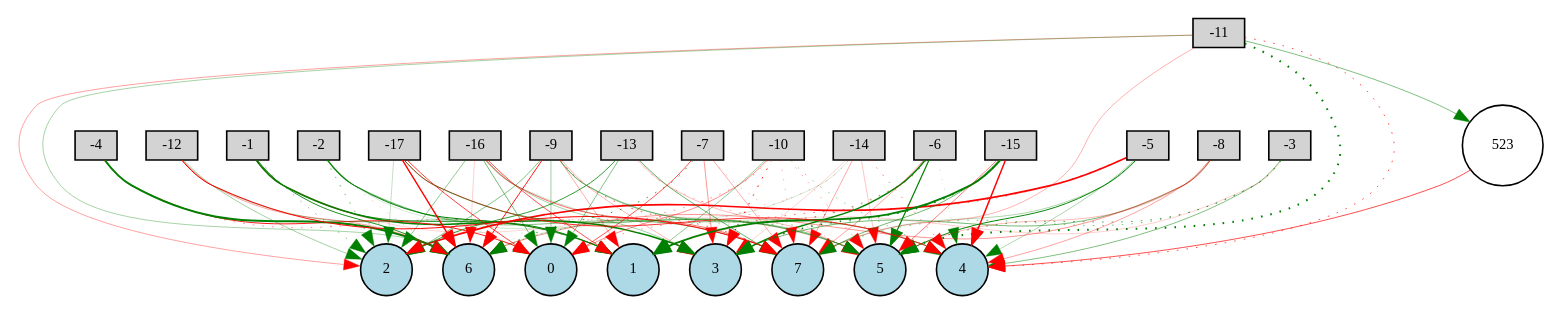
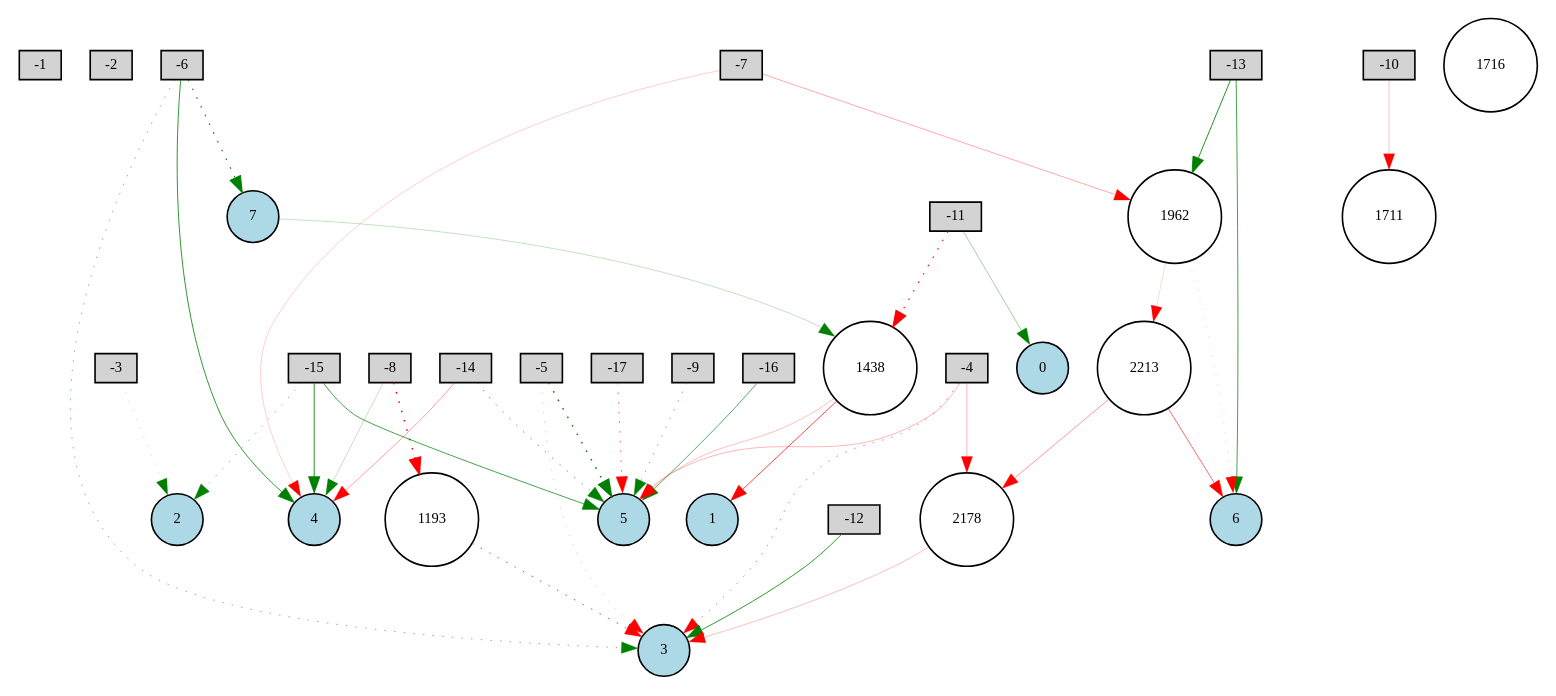
Before and after one commit to joeyshi12/Blocky: the diagram in neat/Digraph.gv, drawn with Graphviz. The commit also changed 23 other files, not shown here.

```diff
--- a/neat/Digraph.gv
+++ b/neat/Digraph.gv
@@ -1,125 +1,71 @@
 digraph {
 	node [fontsize=9 height=0.2 shape=circle width=0.2]
 	-1 [fillcolor=lightgray shape=box style=filled]
 	-2 [fillcolor=lightgray shape=box style=filled]
 	-3 [fillcolor=lightgray shape=box style=filled]
 	-4 [fillcolor=lightgray shape=box style=filled]
 	-5 [fillcolor=lightgray shape=box style=filled]
 	-6 [fillcolor=lightgray shape=box style=filled]
 	-7 [fillcolor=lightgray shape=box style=filled]
 	-8 [fillcolor=lightgray shape=box style=filled]
 	-9 [fillcolor=lightgray shape=box style=filled]
 	-10 [fillcolor=lightgray shape=box style=filled]
 	-11 [fillcolor=lightgray shape=box style=filled]
 	-12 [fillcolor=lightgray shape=box style=filled]
 	-13 [fillcolor=lightgray shape=box style=filled]
 	-14 [fillcolor=lightgray shape=box style=filled]
 	-15 [fillcolor=lightgray shape=box style=filled]
 	-16 [fillcolor=lightgray shape=box style=filled]
 	-17 [fillcolor=lightgray shape=box style=filled]
 	0 [fillcolor=lightblue style=filled]
 	1 [fillcolor=lightblue style=filled]
 	2 [fillcolor=lightblue style=filled]
 	3 [fillcolor=lightblue style=filled]
 	4 [fillcolor=lightblue style=filled]
 	5 [fillcolor=lightblue style=filled]
 	6 [fillcolor=lightblue style=filled]
 	7 [fillcolor=lightblue style=filled]
-	523 [fillcolor=white style=filled]
-	-1 -> 1 [color=green penwidth=0.538150051989978 style=solid]
-	-1 -> 2 [color=green penwidth=0.29752505814111896 style=dotted]
-	-1 -> 3 [color=green penwidth=0.954837931977394 style=solid]
-	-1 -> 5 [color=red penwidth=0.10138682911582331 style=solid]
-	-1 -> 6 [color=green penwidth=0.5499852236576045 style=solid]
-	-2 -> 0 [color=green penwidth=0.10403829376033752 style=solid]
-	-2 -> 1 [color=green penwidth=0.6473775070023103 style=solid]
-	-2 -> 2 [color=green penwidth=0.3549516598908111 style=dotted]
-	-2 -> 3 [color=green penwidth=0.2085242152841812 style=dotted]
-	-2 -> 5 [color=green penwidth=0.11887372906455335 style=solid]
-	-2 -> 6 [color=red penwidth=0.13742488635412725 style=dotted]
-	-2 -> 7 [color=green penwidth=0.30624380885068847 style=solid]
-	-3 -> 1 [color=red penwidth=0.120367482596063 style=solid]
-	-3 -> 4 [color=green penwidth=0.31090202977872294 style=solid]
-	-3 -> 5 [color=green penwidth=0.4180456811045179 style=dotted]
-	-3 -> 7 [color=green penwidth=0.29539649869578144 style=dotted]
-	-4 -> 0 [color=red penwidth=0.5635632906053732 style=solid]
-	-4 -> 1 [color=red penwidth=0.28470014354556106 style=dotted]
-	-4 -> 6 [color=green penwidth=1.255230761706432 style=solid]
-	-5 -> 1 [color=red penwidth=0.35524696918360466 style=dotted]
-	-5 -> 2 [color=red penwidth=1.0343174468194023 style=solid]
-	-5 -> 4 [color=green penwidth=0.2018676476777595 style=solid]
-	-5 -> 7 [color=green penwidth=0.20019618372604298 style=solid]
-	-6 -> 0 [color=red penwidth=0.25187715705968927 style=dotted]
-	-6 -> 1 [color=green penwidth=0.12225687128842999 style=dotted]
-	-6 -> 3 [color=green penwidth=0.8463343140714179 style=solid]
-	-6 -> 4 [color=green penwidth=0.10788895682047987 style=dotted]
-	-6 -> 5 [color=green penwidth=0.7501006363220217 style=solid]
-	-6 -> 6 [color=green penwidth=0.19629148329906526 style=dotted]
-	-6 -> 7 [color=red penwidth=0.22306819786177529 style=solid]
-	-7 -> 0 [color=red penwidth=0.4056669760640813 style=solid]
-	-7 -> 3 [color=red penwidth=0.2565521782175004 style=solid]
-	-7 -> 5 [color=red penwidth=0.1575860017958287 style=dotted]
-	-7 -> 6 [color=green penwidth=0.4569707128707833 style=dotted]
-	-7 -> 7 [color=red penwidth=0.2109895062419444 style=solid]
-	-8 -> 3 [color=green penwidth=0.335660269678706 style=solid]
-	-8 -> 4 [color=red penwidth=0.23123386566888296 style=solid]
-	-8 -> 5 [color=red penwidth=0.168664337358171 style=solid]
-	-8 -> 6 [color=red penwidth=0.262039811128039 style=solid]
-	-9 -> 0 [color=green penwidth=0.23608573399916552 style=solid]
-	-9 -> 1 [color=red penwidth=0.210730026939072 style=solid]
-	-9 -> 2 [color=green penwidth=0.2959250328620703 style=solid]
-	-9 -> 3 [color=red penwidth=0.17663497316658844 style=solid]
-	-9 -> 4 [color=green penwidth=0.24890422268955334 style=solid]
-	-9 -> 5 [color=green penwidth=0.26774117167743017 style=solid]
-	-9 -> 6 [color=red penwidth=0.5671182261819718 style=solid]
-	-9 -> 7 [color=red penwidth=0.40825870439161305 style=dotted]
-	-10 -> 0 [color=red penwidth=0.2835495734579896 style=solid]
-	-10 -> 1 [color=green penwidth=0.25766631830230385 style=solid]
-	-10 -> 2 [color=red penwidth=0.27967926428372863 style=dotted]
-	-10 -> 3 [color=red penwidth=0.5899120212962032 style=dotted]
-	-10 -> 4 [color=green penwidth=0.26358879586575157 style=dotted]
-	-10 -> 5 [color=red penwidth=0.2244443528348529 style=dotted]
-	-10 -> 7 [color=red penwidth=0.1842929453353488 style=dotted]
-	-11 -> 2 [color=red penwidth=0.22697980874260598 style=solid]
-	-11 -> 4 [color=red penwidth=0.4225952066591987 style=dotted]
-	-11 -> 5 [color=green penwidth=1.2700222487596222 style=dotted]
-	-11 -> 6 [color=green penwidth=0.21507248286340896 style=solid]
-	-11 -> 7 [color=red penwidth=0.19447789204301338 style=solid]
-	-12 -> 1 [color=green penwidth=0.26123617702058277 style=solid]
-	-12 -> 2 [color=green penwidth=0.23112058204191538 style=solid]
-	-12 -> 6 [color=red penwidth=0.22566101687186696 style=solid]
-	-12 -> 7 [color=red penwidth=0.613633798349559 style=solid]
-	-13 -> 0 [color=green penwidth=0.3028113688335108 style=solid]
-	-13 -> 2 [color=green penwidth=0.49304720681950565 style=solid]
-	-13 -> 4 [color=red penwidth=0.20681635698986237 style=dotted]
-	-13 -> 5 [color=red penwidth=0.17367859659330365 style=solid]
-	-13 -> 6 [color=green penwidth=0.10911474267983784 style=dotted]
-	-13 -> 7 [color=green penwidth=0.368684655129461 style=solid]
-	-14 -> 2 [color=red penwidth=0.17899290451592237 style=dotted]
-	-14 -> 3 [color=red penwidth=0.11000405054870512 style=solid]
-	-14 -> 4 [color=red penwidth=0.2915899091830948 style=dotted]
-	-14 -> 5 [color=red penwidth=0.1452026360047256 style=solid]
-	-14 -> 6 [color=green penwidth=0.11479468747964824 style=solid]
-	-14 -> 7 [color=red penwidth=0.22273585021153333 style=solid]
-	-15 -> 1 [color=green penwidth=1.194639529245519 style=solid]
-	-15 -> 3 [color=green penwidth=0.782880974178904 style=dotted]
-	-15 -> 4 [color=red penwidth=0.8926163493736737 style=solid]
-	-15 -> 5 [color=red penwidth=0.3212288032620094 style=solid]
-	-15 -> 6 [color=green penwidth=0.2835882150081402 style=dotted]
-	-15 -> 7 [color=green penwidth=0.3512068044647967 style=solid]
-	-16 -> 0 [color=green penwidth=0.3416954814612515 style=solid]
-	-16 -> 1 [color=red penwidth=0.4237230303536371 style=solid]
-	-16 -> 2 [color=green penwidth=0.2743213755118332 style=solid]
-	-16 -> 3 [color=green penwidth=0.22609164358182546 style=solid]
-	-16 -> 4 [color=green penwidth=0.1546949974487489 style=solid]
-	-16 -> 6 [color=red penwidth=0.12065538822048094 style=solid]
-	-16 -> 7 [color=red penwidth=0.35896311255360835 style=solid]
-	-17 -> 0 [color=red penwidth=0.46631881991030966 style=solid]
-	-17 -> 2 [color=green penwidth=0.1533975871422084 style=solid]
-	-17 -> 4 [color=red penwidth=0.496877977629412 style=solid]
-	-17 -> 5 [color=green penwidth=0.34870991332770346 style=solid]
-	-17 -> 6 [color=red penwidth=0.8493277244906011 style=solid]
-	-5 -> 5 [color=green penwidth=0.6011539279788594 style=solid]
-	-11 -> 523 [color=green penwidth=0.30726817221659375 style=solid]
-	523 -> 4 [color=red penwidth=0.4291752718059031 style=solid]
+	2178 [fillcolor=white style=filled]
+	1193 [fillcolor=white style=filled]
+	1962 [fillcolor=white style=filled]
+	2213 [fillcolor=white style=filled]
+	1711 [fillcolor=white style=filled]
+	1716 [fillcolor=white style=filled]
+	1438 [fillcolor=white style=filled]
+	-5 -> 5 [color=green penwidth=0.905276561487962 style=dotted]
+	-4 -> 3 [color=red penwidth=0.32890399888481153 style=dotted]
+	-6 -> 7 [color=green penwidth=0.6909104490624567 style=dotted]
+	-11 -> 0 [color=green penwidth=0.2312522649545104 style=solid]
+	-7 -> 4 [color=red penwidth=0.11654509063440542 style=solid]
+	-5 -> 3 [color=red penwidth=0.14742611039867004 style=dotted]
+	-17 -> 5 [color=red penwidth=0.38542470575780163 style=dotted]
+	-13 -> 6 [color=green penwidth=0.4513971034929348 style=solid]
+	-9 -> 5 [color=green penwidth=0.31627498712909824 style=dotted]
+	-3 -> 2 [color=green penwidth=0.11545174739915783 style=dotted]
+	-14 -> 4 [color=red penwidth=0.22695144819510374 style=solid]
+	-6 -> 4 [color=green penwidth=0.4995133711010217 style=solid]
+	1193 -> 3 [color=red penwidth=0.45003530369866807 style=dotted]
+	-14 -> 5 [color=green penwidth=0.42294126378484986 style=dotted]
+	-12 -> 3 [color=green penwidth=0.5021966031191986 style=solid]
+	-15 -> 2 [color=green penwidth=0.2947521844354044 style=dotted]
+	-11 -> 1438 [color=red penwidth=0.6752381126641508 style=dotted]
+	-4 -> 5 [color=red penwidth=0.18332761442926887 style=solid]
+	-13 -> 1962 [color=green penwidth=0.5354733568537524 style=solid]
+	1962 -> 6 [color=red penwidth=0.10495090245511787 style=dotted]
+	7 -> 1438 [color=green penwidth=0.15281200087226177 style=solid]
+	-10 -> 1711 [color=red penwidth=0.1470552850005658 style=solid]
+	-6 -> 3 [color=green penwidth=0.3047893967955071 style=dotted]
+	-7 -> 1962 [color=red penwidth=0.20546618646648795 style=solid]
+	-15 -> 5 [color=green penwidth=0.4484021132278291 style=solid]
+	-15 -> 4 [color=green penwidth=0.5253367069948085 style=solid]
+	-4 -> 2178 [color=red penwidth=0.18258141235913966 style=solid]
+	2178 -> 3 [color=red penwidth=0.16350941225556814 style=solid]
+	-8 -> 1193 [color=red penwidth=0.9134340215337525 style=dotted]
+	-8 -> 4 [color=green penwidth=0.15317813345241077 style=solid]
+	1962 -> 2213 [color=red penwidth=0.1001347664764293 style=solid]
+	2213 -> 6 [color=red penwidth=0.37098570296266875 style=solid]
+	1438 -> 5 [color=red penwidth=0.1603716542253283 style=solid]
+	1438 -> 1 [color=red penwidth=0.45158347206872596 style=solid]
+	2213 -> 2178 [color=red penwidth=0.25235472642473417 style=solid]
+	-16 -> 5 [color=green penwidth=0.40085531716778344 style=solid]
 }
```
